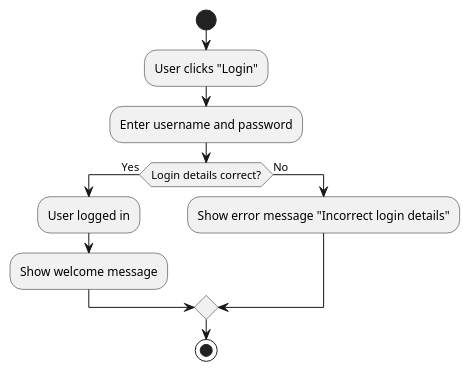
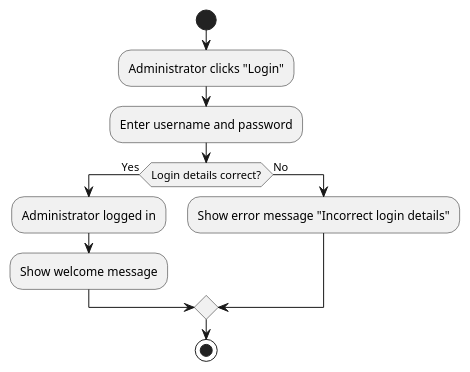
The diagram in src/main/java/AnalyseLibrarySystem/FlowchartUseCases/Customerservice/Loggin.puml (JananJavdan/BibliotheekSysteem), drawn with PlantUML before and after one commit. The commit also changed 17 other files, not shown here.

```diff
--- a/src/main/java/AnalyseLibrarySystem/FlowchartUseCases/Customerservice/Loggin.puml
+++ b/src/main/java/AnalyseLibrarySystem/FlowchartUseCases/Customerservice/Loggin.puml
@@ -2,12 +2,12 @@
 @startuml
 Start
-:User clicks "Login";
+:Administrator clicks "Login";
 :Enter username and password;
 if (Login details correct?) then (Yes)
-   :User logged in;
+   :Administrator logged in;
    :Show welcome message;
 else (No)
    :Show error message "Incorrect login details";
 endif
 Stop
 @enduml
```
